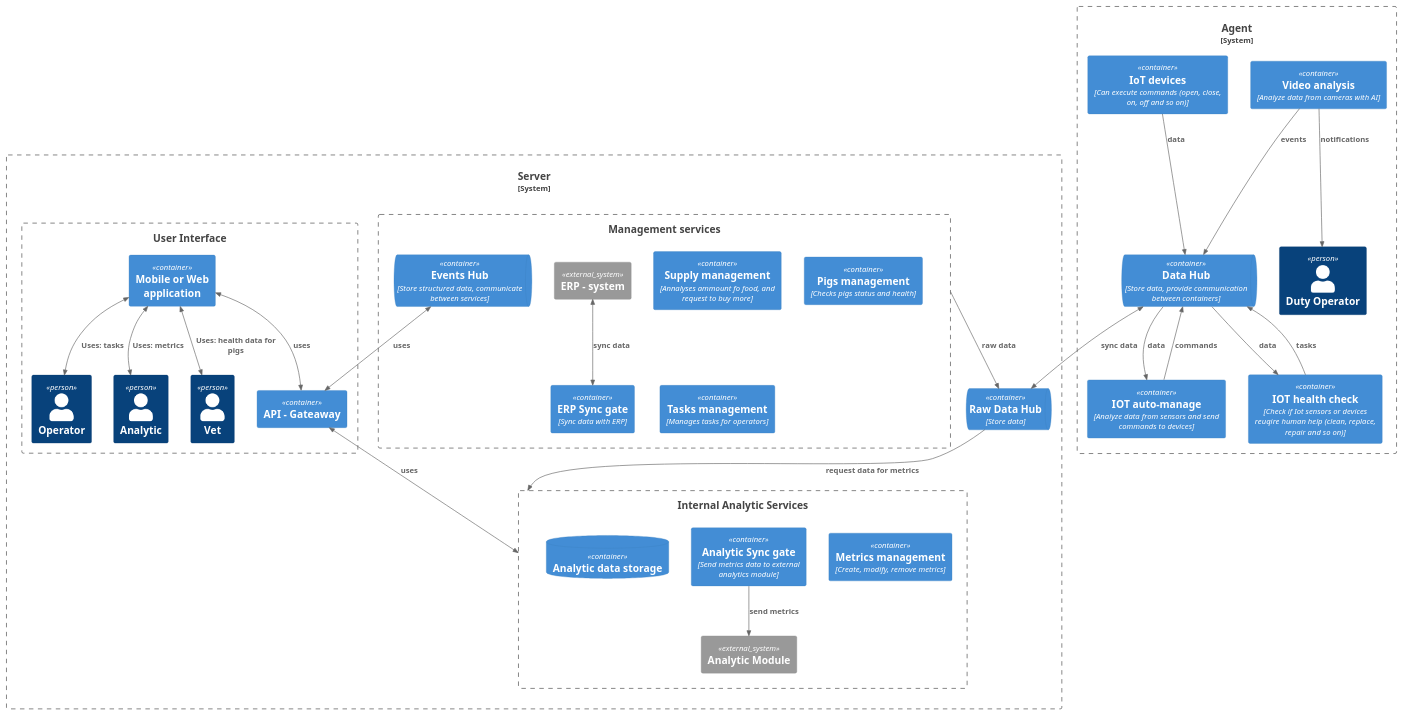
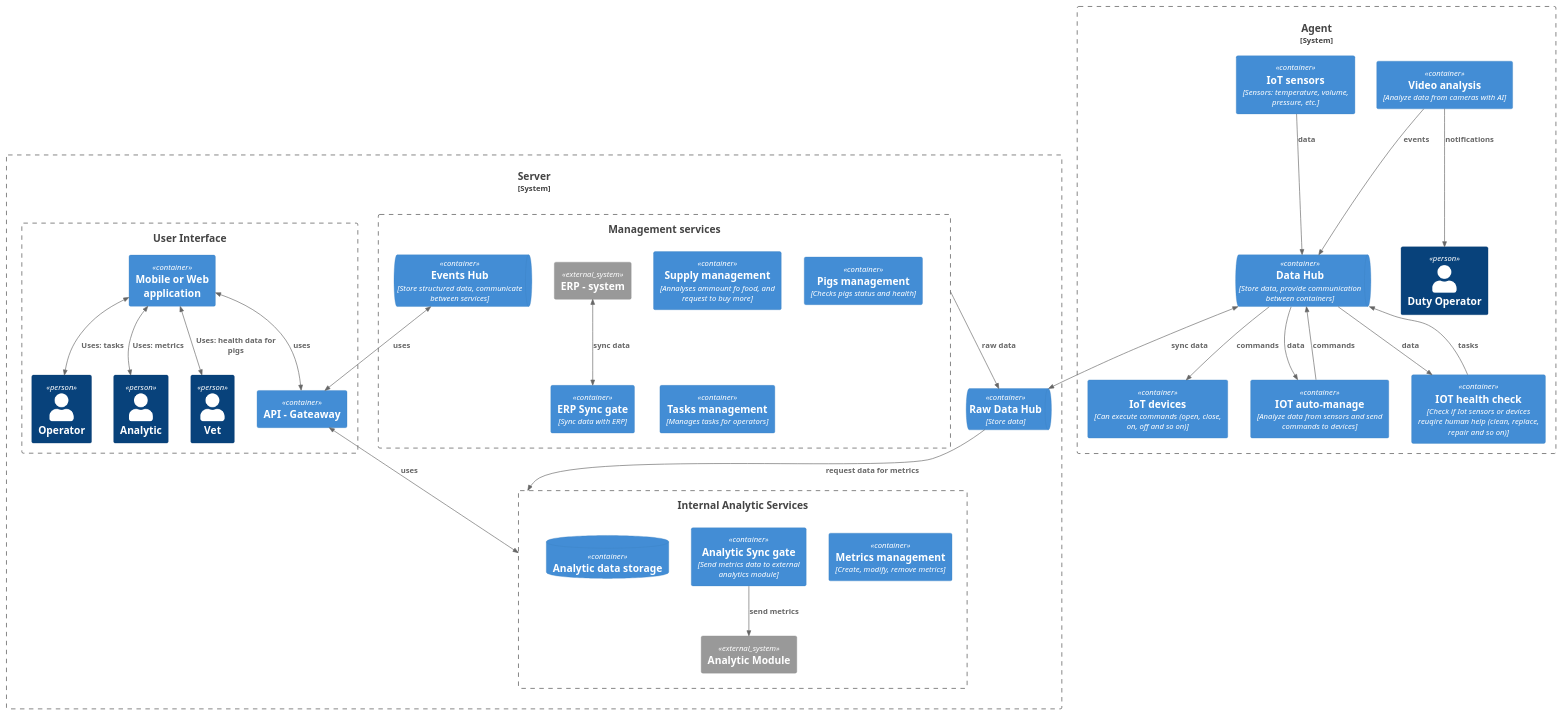
One commit to mirray/MSA-AgroTech changed the diagram in Task2/ATCK_C4_Containers.puml. Above: the diagram before and after it, drawn with PlantUML. The commit also changed 1 other file, not shown here.

```diff
--- a/Task2/ATCK_C4_Containers.puml
+++ b/Task2/ATCK_C4_Containers.puml
@@ -1,68 +1,69 @@
 @startuml Архитектура_АвтоТехноСвиноКомплекс_v1
 !include <C4/C4_Container>
 
 System_Boundary(atck_agent, "Agent "){
     Person(duty_operator, "Duty Operator")
     ContainerQueue(data_hub, "Data Hub", "Store data, provide communication between containers")
     Container(video, "Video analysis", "Analyze data from cameras with AI")
     Rel(video, data_hub, "events")
     Rel(video, duty_operator, "notifications")
     
-    Container(iot, "IoT sensors", "Sensors: temperature, volume, pressure, etc.")
-    Container(iot, "IoT devices", "Can execute commands (open, close, on, off and so on)")
-    Rel(iot, data_hub, "data")
+    Container(iot_sensors, "IoT sensors", "Sensors: temperature, volume, pressure, etc.")
+    Container(iot_devices, "IoT devices", "Can execute commands (open, close, on, off and so on)")
+    Rel(iot_sensors, data_hub, "data")
+    Rel(data_hub, iot_devices, "commands")
     Container(iot_auto_management, "IOT auto-manage", "Analyze data from sensors and send commands to devices")
     Rel(iot_auto_management, data_hub, "commands")
     Rel(data_hub, iot_auto_management, "data")
     Container(iot_health_check, "IOT health check", "Check if Iot sensors or devices reuqire human help (clean, replace, repair and so on)")
     Rel(iot_health_check, data_hub, "tasks")
     Rel(data_hub, iot_health_check, "data")
 }
 
 System_Boundary(atck_server, "Server"){
     ContainerQueue(data_hub_server, "Raw Data Hub", "Store data")
     BiRel(data_hub, data_hub_server, "sync data")
    
     Boundary(internal_services, "Management services"){
         Container(supply, "Supply management", "Annalyses ammount fo food, and request to buy more")
         Container(pigs, "Pigs management", "Checks pigs status and health")
         Container(tasks, "Tasks management", "Manages tasks for operators")
         Container(erp_sync, "ERP Sync gate", "Sync data with ERP")
         System_Ext(erp, "ERP - system")
         BiRel(erp, erp_sync, "sync data")
         ContainerQueue(events_hub, "Events Hub", "Store structured data, communicate between services")
     
     }
     Rel(internal_services, data_hub_server, "raw data")
 
     Boundary(analysis_internal, "Internal Analytic Services"){
         Container(metrics_management, "Metrics management", "Create, modify, remove metrics")
         Container(analytic_module_sync, "Analytic Sync gate", "Send metrics data to external analytics module")   
         System_Ext(analytic_module, "Analytic Module") 
         Rel(analytic_module_sync, analytic_module ,"send metrics")
         ContainerDb(analytic_db, "Analytic data storage")
     }
     Rel(data_hub_server, analysis_internal, "request data for metrics")
     
     Boundary(b_ui, "User Interface"){
         Container(api, "API - Gateaway")
         BiRel(api, analysis_internal, "uses")
         BiRel(events_hub, api, "uses")
         Container(ui, "Mobile or Web application")
         Person(operator, "Operator")
         Person(analytic, "Analytic")
         Person(vet, "Vet")
         BiRel(ui, operator, "Uses: tasks")
         BiRel(ui, vet, "Uses: health data for pigs")
         BiRel(ui, analytic, "Uses: metrics")
         BiRel(ui,api, "uses")
     
     }
     
 }
 
 
 
 
 
 @enduml
```
